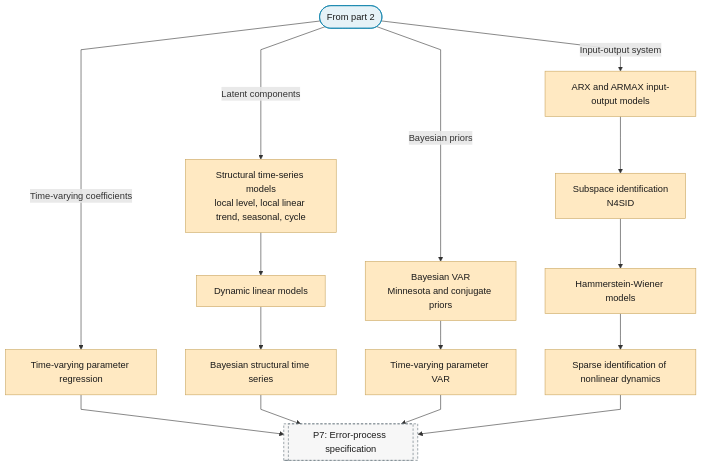
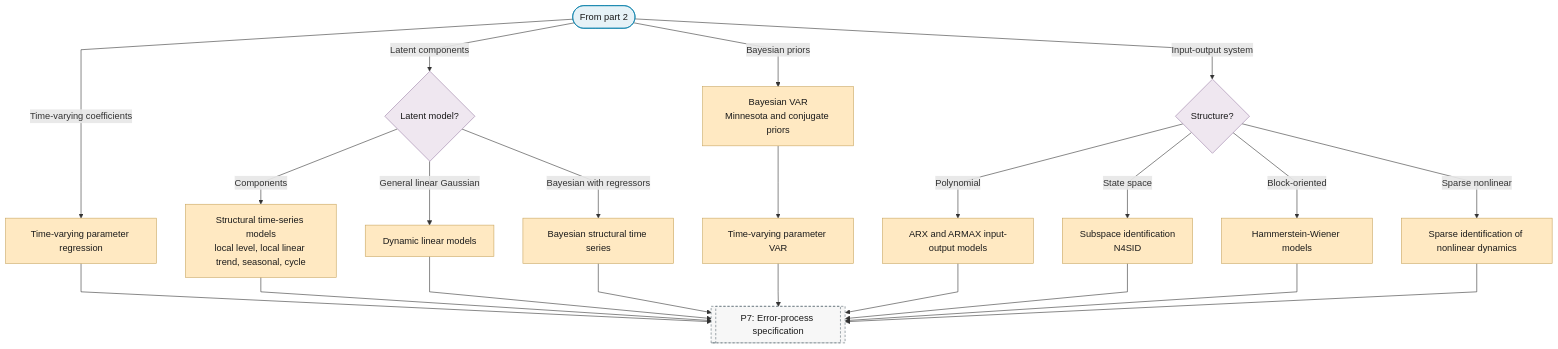
The fourth of 6 diagrams in docs/01-workflow/p06-mean-model-class.md (Shuxin-Y/time-series-analysis-manual), drawn with Mermaid before and after one commit. The commit also changed other lines of this file and 8 other files, not shown here.

First line of the commit message:
fix(flowchart): alternatives are fan-outs, dependencies are chains

````diff
--- a/docs/01-workflow/p06-mean-model-class.md
+++ b/docs/01-workflow/p06-mean-model-class.md
@@ -117,26 +120,30 @@
 ```mermaid
 %%{init: {"flowchart": {"curve": "linear"}}}%%
 graph TD
     P6_PART_4_IN(["From part 2"]) -->|"Time-varying coefficients"| P6_TVP_REGRESSION["Time-varying parameter regression"]
-    P6_PART_4_IN -->|"Latent components"| P6_STRUCTURAL_TS["Structural time-series models<br/>local level, local linear trend, seasonal, cycle"]
+    P6_PART_4_IN -->|"Latent components"| P6_LATENT_MODEL{"Latent model?"}
+    P6_LATENT_MODEL -->|"Components"| P6_STRUCTURAL_TS["Structural time-series models<br/>local level, local linear trend, seasonal, cycle"]
+    P6_LATENT_MODEL -->|"General linear Gaussian"| P6_DLM["Dynamic linear models"]
+    P6_LATENT_MODEL -->|"Bayesian with regressors"| P6_BSTS["Bayesian structural time series"]
     P6_PART_4_IN -->|"Bayesian priors"| P6_BVAR["Bayesian VAR<br/>Minnesota and conjugate priors"]
-    P6_PART_4_IN -->|"Input-output system"| P6_ARX_ARMAX["ARX and ARMAX input-output models"]
-    P6_STRUCTURAL_TS --> P6_DLM["Dynamic linear models"]
-    P6_DLM --> P6_BSTS["Bayesian structural time series"]
+    P6_PART_4_IN -->|"Input-output system"| P6_IO_STRUCTURE{"Structure?"}
+    P6_IO_STRUCTURE -->|"Polynomial"| P6_ARX_ARMAX["ARX and ARMAX input-output models"]
+    P6_IO_STRUCTURE -->|"State space"| P6_SUBSPACE["Subspace identification<br/>N4SID"]
+    P6_IO_STRUCTURE -->|"Block-oriented"| P6_HAMMERSTEIN_WIENER["Hammerstein-Wiener models"]
+    P6_IO_STRUCTURE -->|"Sparse nonlinear"| P6_SINDY["Sparse identification of nonlinear dynamics"]
     P6_BVAR --> P6_TVP_VAR["Time-varying parameter VAR"]
-    P6_ARX_ARMAX --> P6_SUBSPACE["Subspace identification<br/>N4SID"]
-    P6_SUBSPACE --> P6_HAMMERSTEIN_WIENER["Hammerstein-Wiener models"]
-    P6_HAMMERSTEIN_WIENER --> P6_SINDY["Sparse identification of nonlinear dynamics"]
-    P6_TVP_REGRESSION & P6_BSTS & P6_TVP_VAR & P6_SINDY --> P7[["P7: Error-process specification"]]
+    P6_TVP_REGRESSION & P6_STRUCTURAL_TS & P6_DLM & P6_BSTS & P6_TVP_VAR --> P7
+    P6_ARX_ARMAX & P6_SUBSPACE & P6_HAMMERSTEIN_WIENER & P6_SINDY --> P7[["P7: Error-process specification"]]
     class P6_PART_4_IN terminator
     class P6_TVP_REGRESSION,P6_STRUCTURAL_TS,P6_BVAR,P6_ARX_ARMAX,P6_DLM,P6_BSTS,P6_TVP_VAR,P6_SUBSPACE,P6_HAMMERSTEIN_WIENER,P6_SINDY escalate
     class P7 ref
+    class P6_LATENT_MODEL,P6_IO_STRUCTURE decision
     classDef terminator fill:#E6F2F7,stroke:#007BA7,color:#1A1A1A;
     classDef process fill:#FFFFFF,stroke:#5A6B73,color:#1A1A1A;
     classDef decision fill:#EFE7F0,stroke:#9B7FA7,color:#1A1A1A;
     classDef data fill:#FFF4E0,stroke:#C9A55E,color:#1A1A1A;
     classDef good fill:#DCEFD8,stroke:#4A7A3F,color:#1A1A1A;
     classDef escalate fill:#FFE9C2,stroke:#C9A55E,color:#1A1A1A;
     classDef problem fill:#F2D9DE,stroke:#800020,color:#1A1A1A;
     classDef ref fill:#F7F7F7,stroke:#5A6B73,color:#1A1A1A,stroke-dasharray:4 3;
 ```
````
